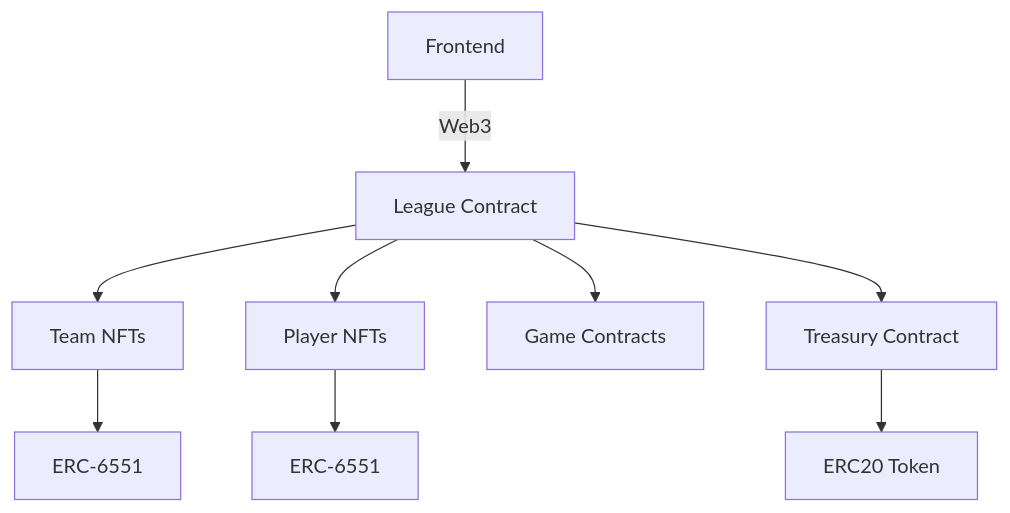
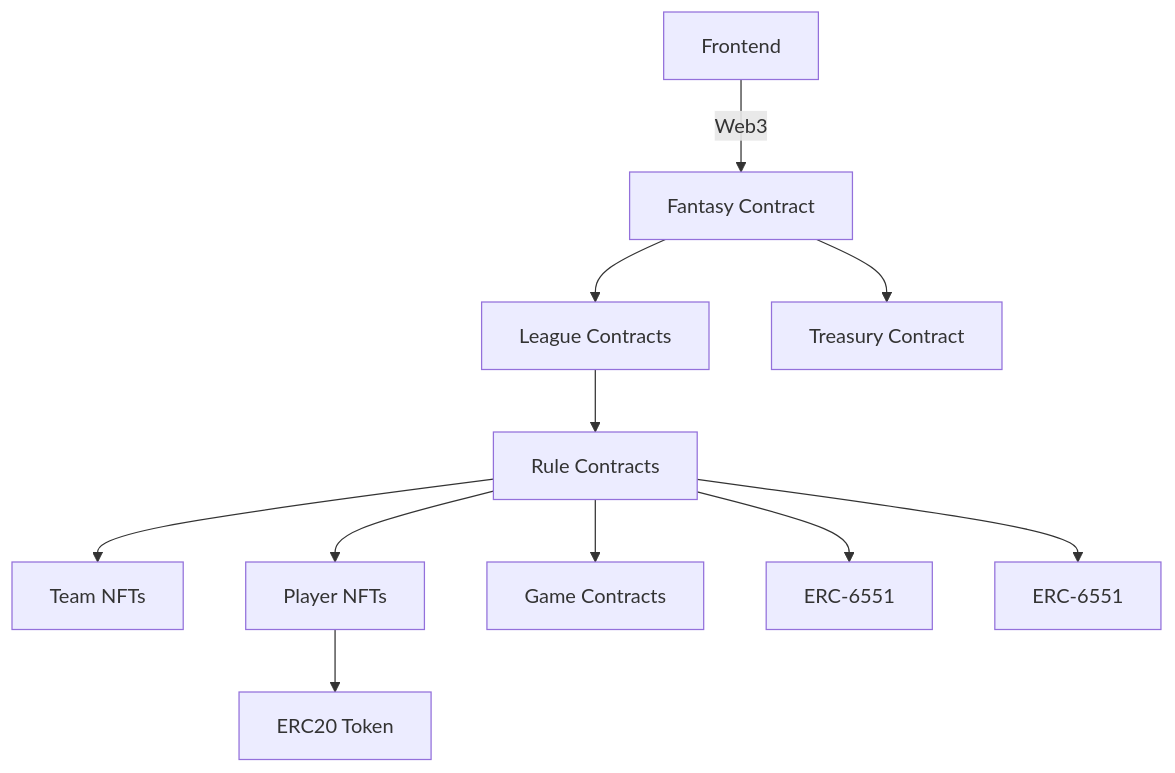
One commit to boilerrat/SolidityBaseball changed the second of 2 diagrams in README.MD. Above: the diagram before and after it, drawn with Mermaid. The commit also changed other lines of this file, not shown here.

````diff
--- a/README.MD
+++ b/README.MD
@@ -78,11 +78,13 @@
 ```mermaid
 graph TD;
-    A[Frontend] -->|Web3| B[League Contract];
-    B --> C[Team NFTs];
-    B --> D[Player NFTs];
-    B --> E[Game Contracts];
-    B --> F[Treasury Contract];
-    C --> G[ERC-6551];
-    D --> H[ERC-6551];
-    F --> I[ERC20 Token];
+    A[Frontend] -->|Web3| B[Fantasy Contract];
+    B --> C[League Contracts]
+    C --> D[Rule Contracts]
+    D --> E[Team NFTs];
+    D --> F[Player NFTs];
+    D --> G[Game Contracts];
+    B --> H[Treasury Contract];
+    D --> I[ERC-6551];
+    D --> J[ERC-6551];
+    F --> K[ERC20 Token];
 ```
````
